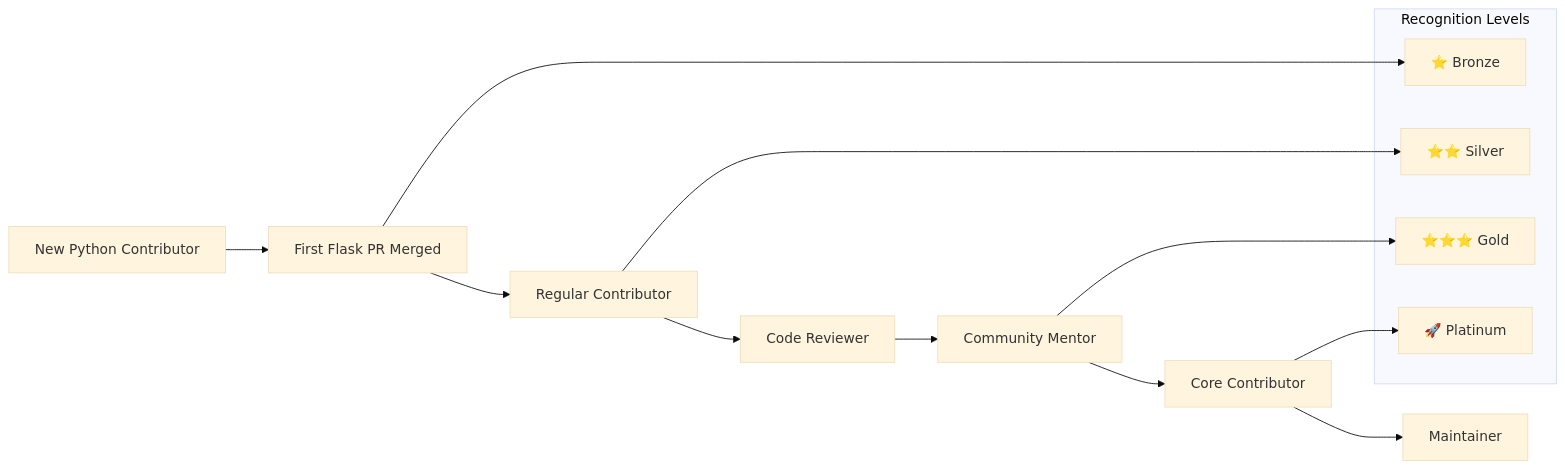
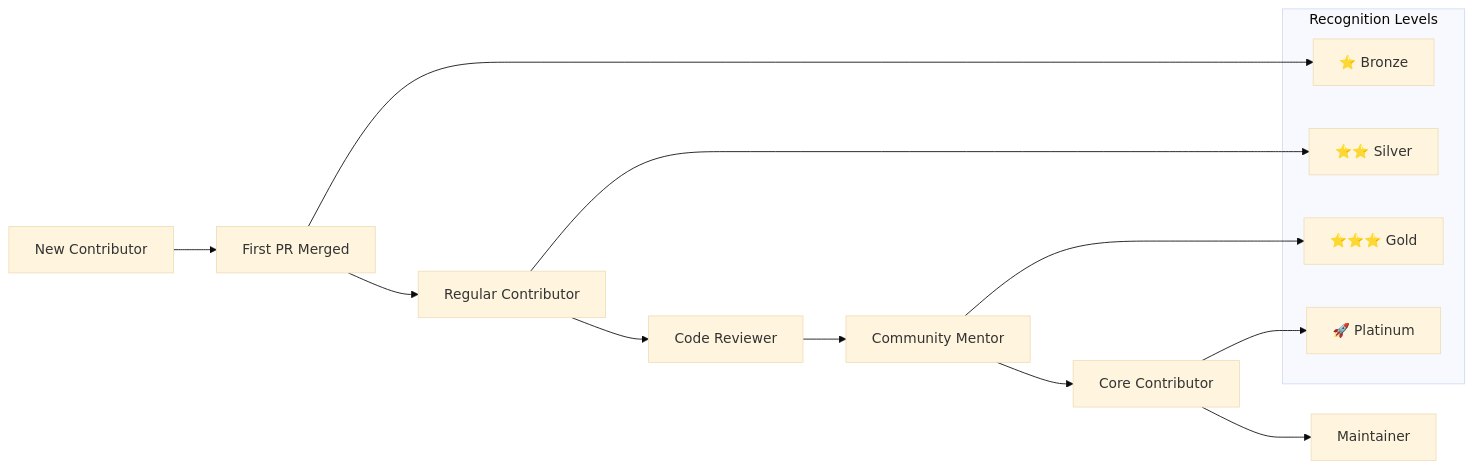
Before and after one commit to blitzytest02/blitzy-20250603112937552: the second of 2 diagrams in CONTRIBUTING.md, drawn with Mermaid (base theme). The commit also changed other lines of this file, not shown here.

````diff
--- a/CONTRIBUTING.md
+++ b/CONTRIBUTING.md
@@ -2041,21 +1836,21 @@
 ```mermaid
 flowchart LR
-    A[New Python Contributor] --> B[First Flask PR Merged]
+    A[New Contributor] --> B[First PR Merged]
     B --> C[Regular Contributor]
     C --> D[Code Reviewer]
     D --> E[Community Mentor]
     E --> F[Core Contributor]
     F --> G[Maintainer]
     
     subgraph "Recognition Levels"
         H[⭐ Bronze]
         I[⭐⭐ Silver] 
         J[⭐⭐⭐ Gold]
         K[🚀 Platinum]
     end
     
     B --> H
     C --> I
     E --> J
     F --> K
 ```
````
